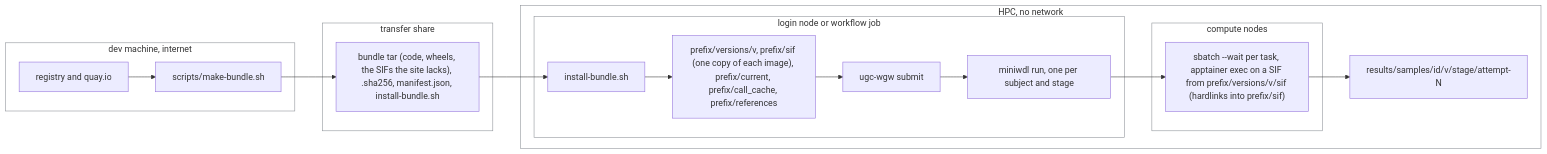
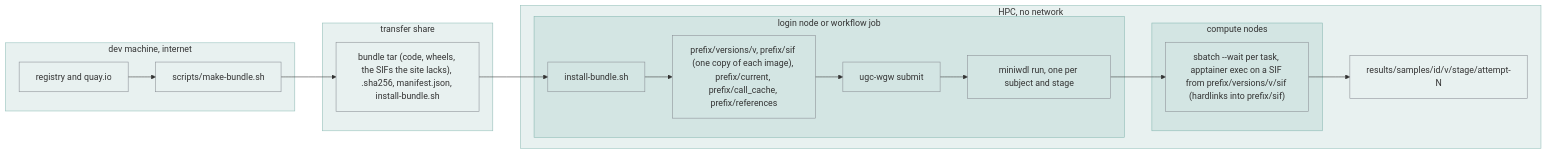
One commit to UppsalaGenomeCenter/ugc-wgw changed the diagram in docs/guide/04-install.md. Above: the diagram before and after it, drawn with Mermaid. The commit also changed 51 other files, not shown here.

````diff
--- a/docs/guide/04-install.md
+++ b/docs/guide/04-install.md
@@ -38,27 +38,28 @@
 ```mermaid
 flowchart LR
   subgraph dev["dev machine, internet"]
     build["scripts/make-bundle.sh"]
     reg["registry and quay.io"]
     reg --> build
   end
   subgraph share["transfer share"]
     tar["bundle tar (code, wheels, the SIFs the site lacks), .sha256, manifest.json, install-bundle.sh"]
   end
   subgraph hpc["HPC, no network"]
     subgraph login["login node or workflow job"]
       inst["install-bundle.sh"]
       prefix["prefix/versions/v, prefix/sif (one copy of each image), prefix/current, prefix/call_cache, prefix/references"]
       drv["ugc-wgw submit"]
       mw["miniwdl run, one per subject and stage"]
     end
     subgraph nodes["compute nodes"]
       job["sbatch --wait per task, apptainer exec on a SIF from prefix/versions/v/sif (hardlinks into prefix/sif)"]
     end
     res["results/samples/id/v/stage/attempt-N"]
   end
   build --> tar --> inst --> prefix
   prefix --> drv --> mw --> job --> res
-  classDef box fill:none,stroke:#8a8f95
+  classDef default fill:none,stroke:#8a8f95
+  classDef box fill:#1f7a70,fill-opacity:0.10,stroke:#1f7a70,stroke-opacity:0.45
   class dev,share,hpc,login,nodes box
 ```
````
